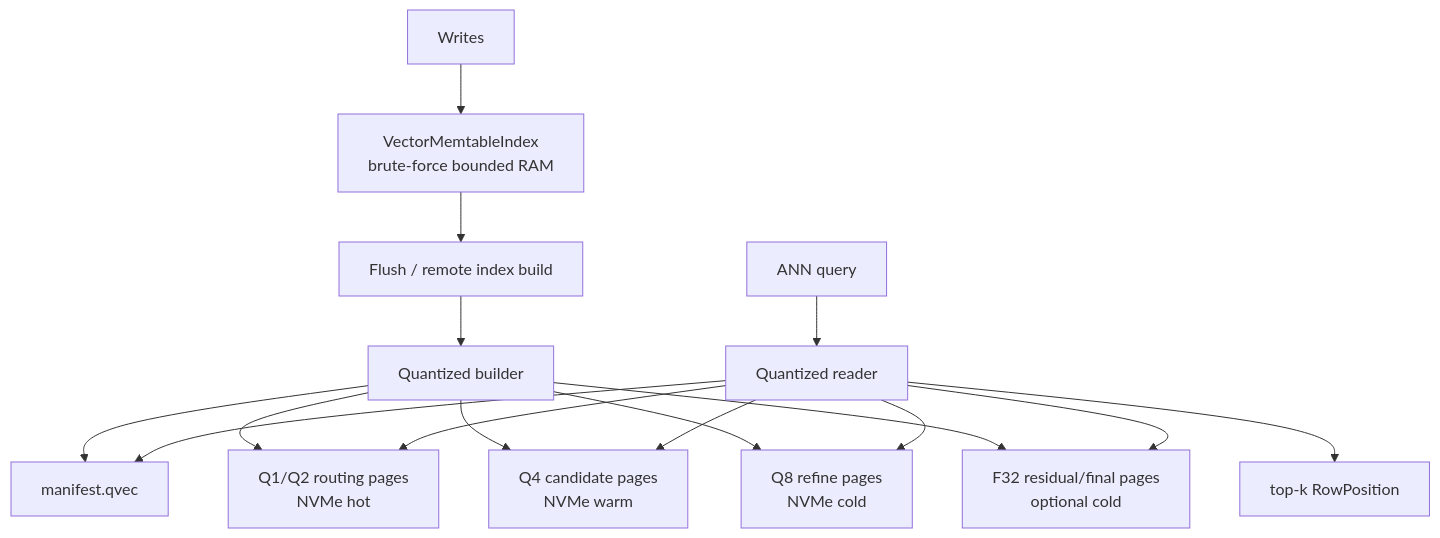
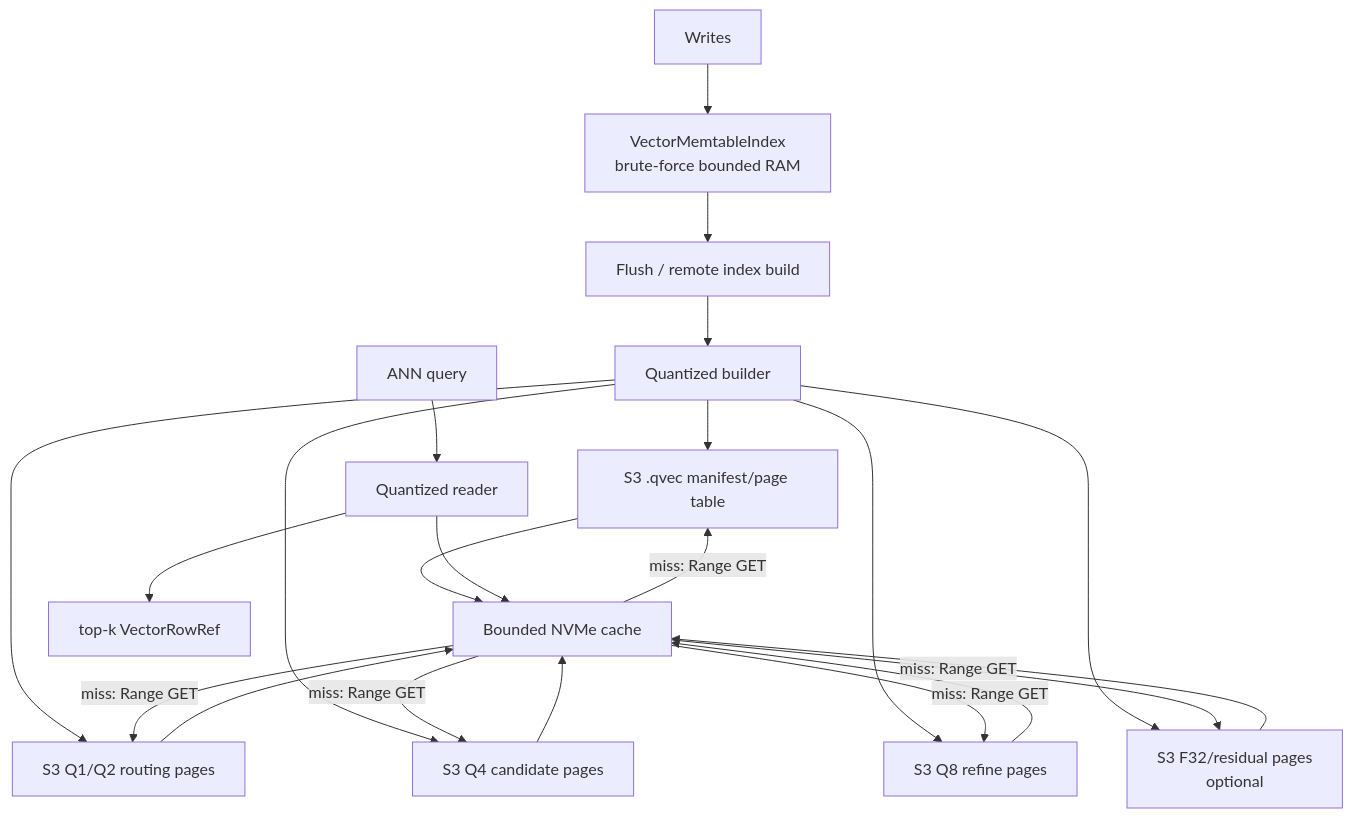
One commit to ferrosadb/ferrosa changed the first of 3 diagrams in specs/hierarchical-vector-quantization.md. Above: the diagram before and after it, drawn with Mermaid. The commit also changed other lines of this file, not shown here.

````diff
--- a/specs/hierarchical-vector-quantization.md
+++ b/specs/hierarchical-vector-quantization.md
@@ -87,19 +95,26 @@
 ```mermaid
 flowchart TD
     W[Writes] --> M[VectorMemtableIndex<br/>brute-force bounded RAM]
     M --> F[Flush / remote index build]
     F --> B[Quantized builder]
-    B --> MAN[manifest.qvec]
-    B --> T1[Q1/Q2 routing pages<br/>NVMe hot]
-    B --> T4[Q4 candidate pages<br/>NVMe warm]
-    B --> T8[Q8 refine pages<br/>NVMe cold]
-    B --> FP[F32 residual/final pages<br/>optional cold]
+    B --> S3MAN[S3 .qvec manifest/page table]
+    B --> S3T1[S3 Q1/Q2 routing pages]
+    B --> S3T4[S3 Q4 candidate pages]
+    B --> S3T8[S3 Q8 refine pages]
+    B --> S3FP[S3 F32/residual pages<br/>optional]
+
+    S3MAN --> CACHE[Bounded NVMe cache]
+    S3T1 --> CACHE
+    S3T4 --> CACHE
+    S3T8 --> CACHE
+    S3FP --> CACHE
 
     Q[ANN query] --> R[Quantized reader]
-    R --> MAN
-    R --> T1
-    R --> T4
-    R --> T8
-    R --> FP
-    R --> OUT[top-k RowPosition]
+    R --> CACHE
+    CACHE -->|miss: Range GET| S3MAN
+    CACHE -->|miss: Range GET| S3T1
+    CACHE -->|miss: Range GET| S3T4
+    CACHE -->|miss: Range GET| S3T8
+    CACHE -->|miss: Range GET| S3FP
+    R --> OUT[top-k VectorRowRef]
 ```
````
